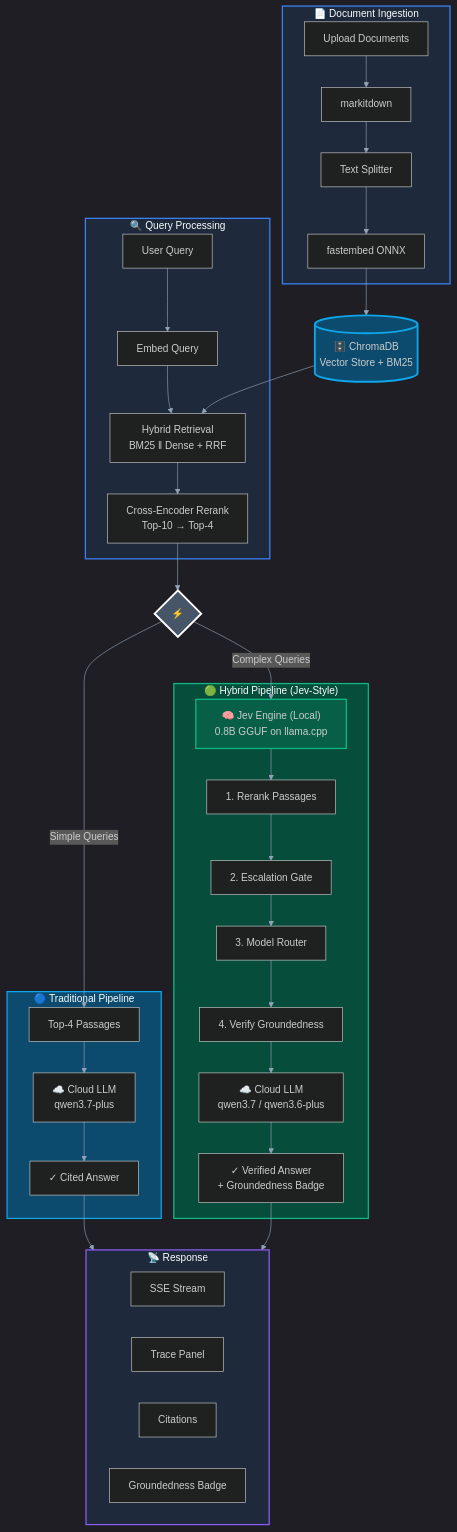
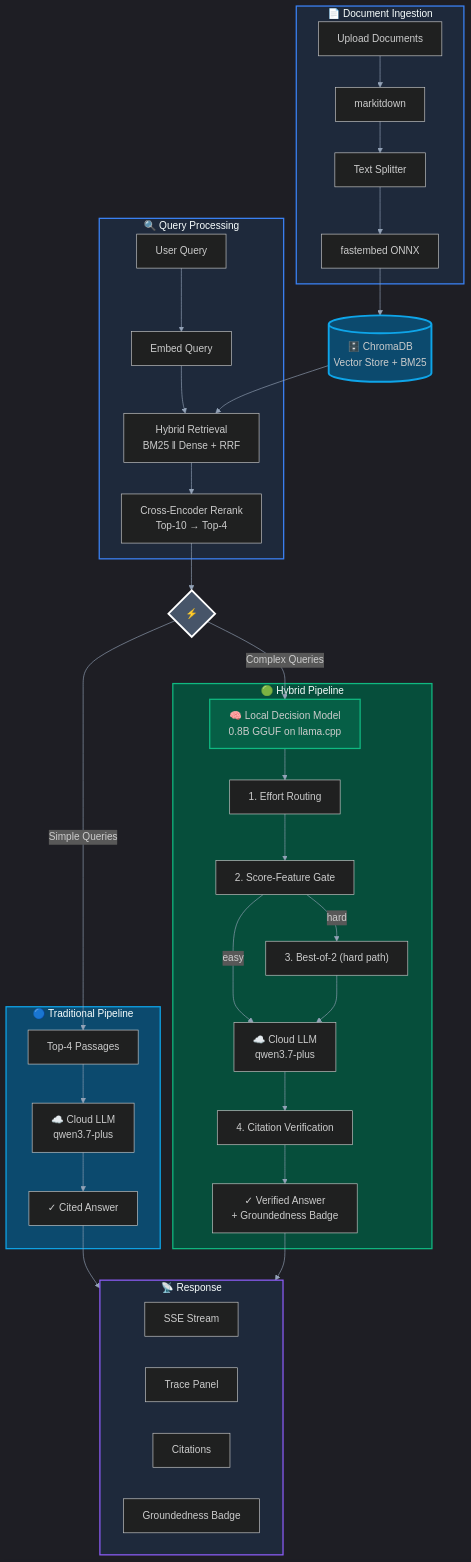
One commit to kanishka-namdeo/jev-rag changed the diagram in README.md. Above: the diagram before and after it, drawn with Mermaid. The commit also changed other lines of this file and 30 other files, not shown here.

````diff
--- a/README.md
+++ b/README.md
@@ -113,67 +78,69 @@
 ```mermaid
 %%{init: {'theme': 'dark', 'themeVariables': { 'primaryColor': '#3B82F6', 'primaryTextColor': '#fff', 'primaryBorderColor': '#60A5FA', 'lineColor': '#94A3B8', 'secondaryColor': '#10B981', 'tertiaryColor': '#8B5CF6', 'background': '#0B0F19' }}}%%
 flowchart TB
     subgraph INGESTION["📄 Document Ingestion"]
         UPLOAD["Upload Documents"]
         MARKDOWN["markitdown"]
         CHUNK["Text Splitter"]
         EMBED["fastembed ONNX"]
     end
 
     UPLOAD --> MARKDOWN --> CHUNK --> EMBED
 
     CHROMADB[("🗄️ ChromaDB<br/>Vector Store + BM25")]
     EMBED --> CHROMADB
 
     subgraph QUERY["🔍 Query Processing"]
         USERQUERY["User Query"]
         QUERYEMBED["Embed Query"]
         RETRIEVE["Hybrid Retrieval<br/>BM25 ‖ Dense + RRF"]
         RERANK["Cross-Encoder Rerank<br/>Top-10 → Top-4"]
     end
 
     USERQUERY --> QUERYEMBED --> RETRIEVE --> RERANK
     CHROMADB --> RETRIEVE
 
     RERANK --> FORK{⚡}
 
     subgraph TRADITIONAL["🔵 Traditional Pipeline"]
         TOP4["Top-4 Passages"]
         LLM1["☁️ Cloud LLM<br/>qwen3.7-plus"]
         CITED["✓ Cited Answer"]
     end
 
     FORK -->|Simple Queries| TOP4 --> LLM1 --> CITED
 
-    subgraph HYBRID["🟢 Hybrid Pipeline (Jev-Style)"]
-        JEV["🧠 Jev Engine (Local)<br/>0.8B GGUF on llama.cpp"]
-        RERANK2["1. Rerank Passages"]
-        GATE["2. Escalation Gate"]
-        ROUTER["3. Model Router"]
-        VERIFY["4. Verify Groundedness"]
-        LLM2["☁️ Cloud LLM<br/>qwen3.7 / qwen3.6-plus"]
+    subgraph HYBRID["🟢 Hybrid Pipeline"]
+        JEV["🧠 Local Decision Model<br/>0.8B GGUF on llama.cpp"]
+        EFFORT["1. Effort Routing"]
+        GATE["2. Score-Feature Gate"]
+        BESTOF["3. Best-of-2 (hard path)"]
+        VERIFY["4. Citation Verification"]
+        LLM2["☁️ Cloud LLM<br/>qwen3.7-plus"]
         VERIFIED["✓ Verified Answer<br/>+ Groundedness Badge"]
     end
 
     FORK -->|Complex Queries| JEV
-    JEV --> RERANK2 --> GATE --> ROUTER --> VERIFY --> LLM2 --> VERIFIED
+    JEV --> EFFORT --> GATE
+    GATE -->|easy| LLM2 --> VERIFY --> VERIFIED
+    GATE -->|hard| BESTOF --> LLM2
 
     subgraph RESPONSE["📡 Response"]
         SSE["SSE Stream"]
         TRACE["Trace Panel"]
         CITATIONS["Citations"]
         BADGE["Groundedness Badge"]
     end
 
     CITED --> RESPONSE
     VERIFIED --> RESPONSE
 
     style INGESTION fill:#1E293B,stroke:#3B82F6,stroke-width:2px
     style QUERY fill:#1E293B,stroke:#3B82F6,stroke-width:2px
     style TRADITIONAL fill:#0C4A6E,stroke:#0EA5E9,stroke-width:2px
     style HYBRID fill:#064E3B,stroke:#10B981,stroke-width:2px
     style RESPONSE fill:#1E293B,stroke:#8B5CF6,stroke-width:2px
     style CHROMADB fill:#0C4A6E,stroke:#0EA5E9,stroke-width:3px
     style FORK fill:#475569,stroke:#fff,stroke-width:3px
     style JEV fill:#065F46,stroke:#10B981,stroke-width:2px
 ```
````
